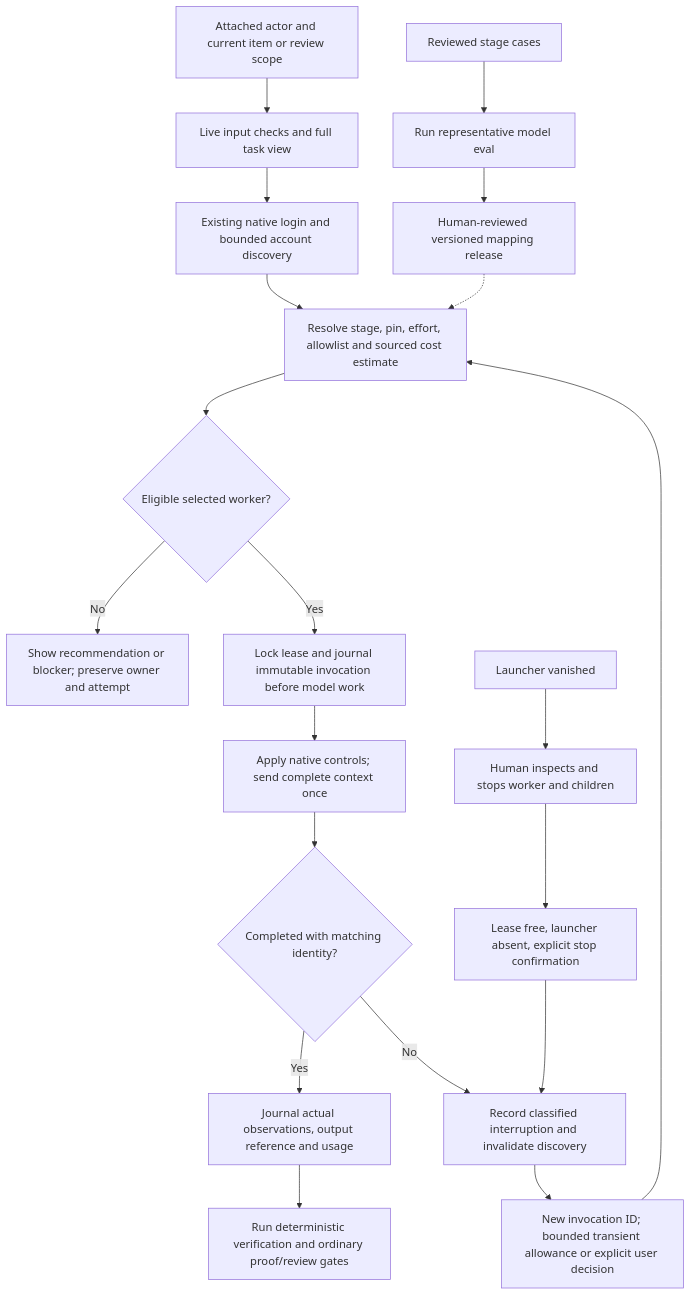
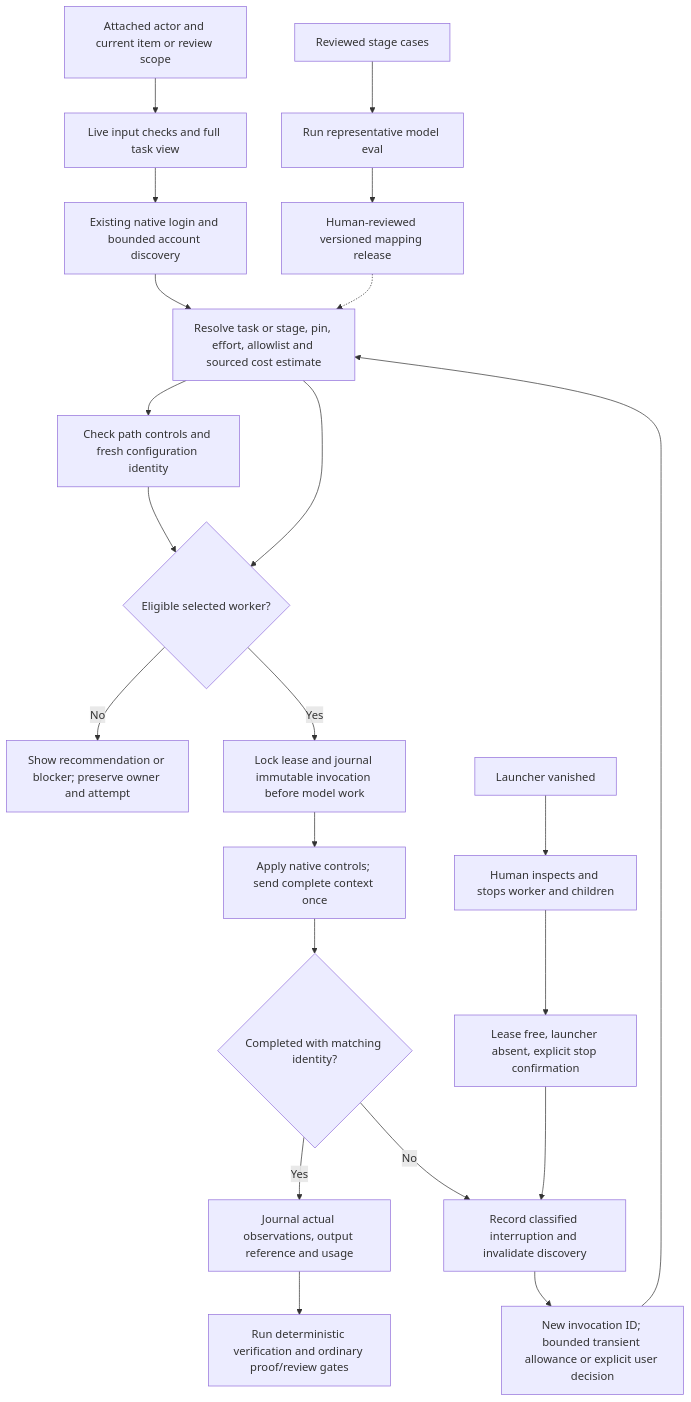
Before and after one commit to wgentil/devflow: the diagram in docs/native-models.md, drawn with Mermaid. The commit also changed other lines of this file and 3 other files, not shown here.

````diff
--- a/docs/native-models.md
+++ b/docs/native-models.md
@@ -43,22 +43,24 @@
 ```mermaid
 flowchart TD
     scope[Attached actor and current item or review scope] --> prepare[Live input checks and full task view]
     prepare --> discover[Existing native login and bounded account discovery]
-    discover --> policy[Resolve stage, pin, effort, allowlist and sourced cost estimate]
+    discover --> policy[Resolve task or stage, pin, effort, allowlist and sourced cost estimate]
+    policy --> controls[Check path controls and fresh configuration identity]
+    controls --> blocked
     cases[Reviewed stage cases] --> eval[Run representative model eval]
     eval --> release[Human-reviewed versioned mapping release]
     release -.-> policy
     policy --> blocked{Eligible selected worker?}
     blocked -->|No| pause[Show recommendation or blocker; preserve owner and attempt]
     blocked -->|Yes| start[Lock lease and journal immutable invocation before model work]
     start --> native[Apply native controls; send complete context once]
     native --> result{Completed with matching identity?}
     result -->|Yes| receipt[Journal actual observations, output reference and usage]
     result -->|No| interrupted[Record classified interruption and invalidate discovery]
     interrupted --> replacement[New invocation ID; bounded transient allowance or explicit user decision]
     replacement --> policy
     receipt --> proof[Run deterministic verification and ordinary proof/review gates]
     orphan[Launcher vanished] --> inspect[Human inspects and stops worker and children]
     inspect --> reconcile[Lease free, launcher absent, explicit stop confirmation]
     reconcile --> interrupted
 ```
````
